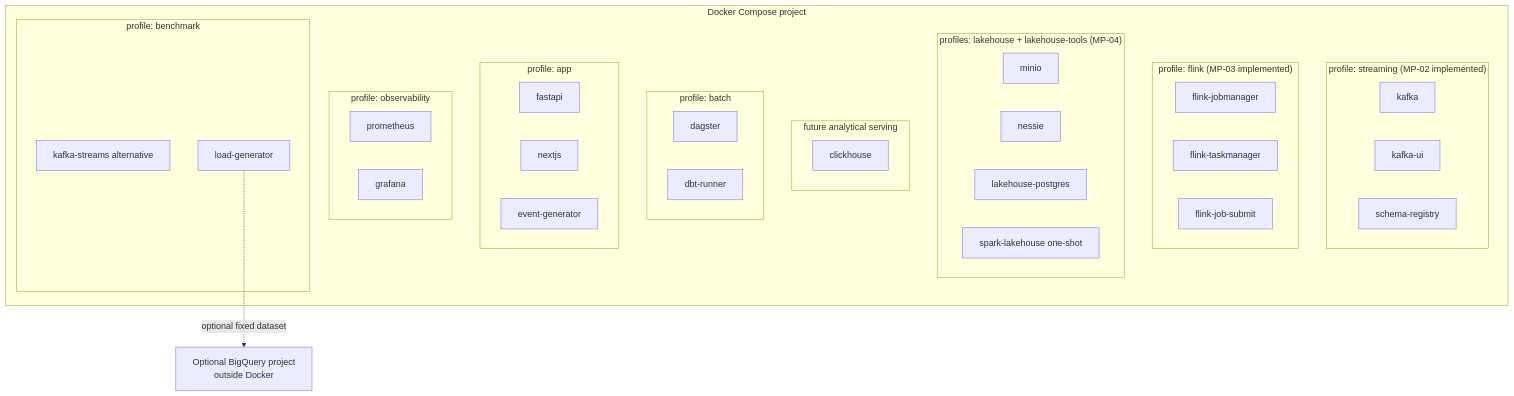
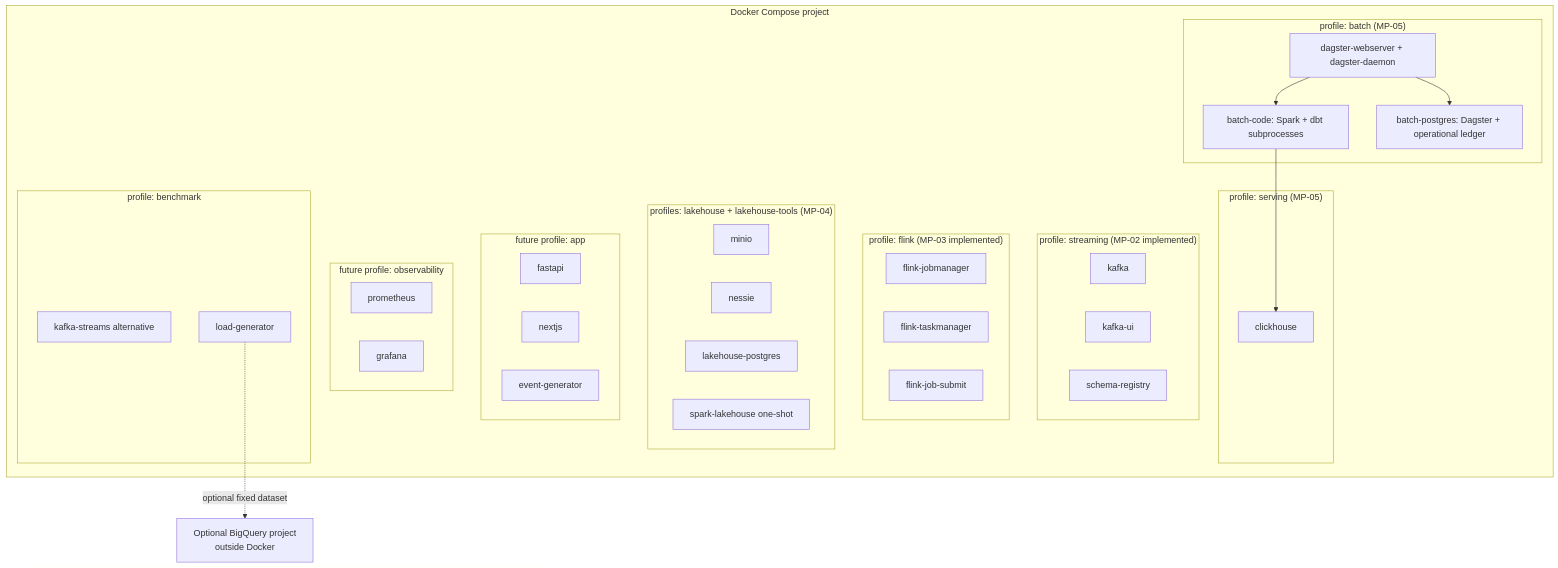
One commit to huyle1901/marketpulse-360 changed the second of 2 diagrams in docs/architecture/high-level-design.md. Above: the diagram before and after it, drawn with Mermaid. The commit also changed other lines of this file and 14 other files, not shown here.

````diff
--- a/docs/architecture/high-level-design.md
+++ b/docs/architecture/high-level-design.md
@@ -605,51 +619,55 @@
 ```mermaid
 flowchart TB
     subgraph Compose["Docker Compose project"]
         subgraph Core["profile: streaming (MP-02 implemented)"]
             K1["kafka"]
             KU["kafka-ui"]
             SR["schema-registry"]
         end
 
         subgraph Flink["profile: flink (MP-03 implemented)"]
             FJM["flink-jobmanager"]
             FTM["flink-taskmanager"]
             FS["flink-job-submit"]
         end
 
         subgraph Lakehouse["profiles: lakehouse + lakehouse-tools (MP-04)"]
             MI["minio"]
             NS["nessie"]
             PG["lakehouse-postgres"]
             SPL["spark-lakehouse one-shot"]
         end
 
-        subgraph FutureServing["future analytical serving"]
+        subgraph Serving["profile: serving (MP-05)"]
             CH["clickhouse"]
         end
 
-        subgraph Batch["profile: batch"]
-            DG["dagster"]
-            DBT2["dbt-runner"]
+        subgraph Batch["profile: batch (MP-05)"]
+            DG["dagster-webserver + dagster-daemon"]
+            DBT2["batch-code: Spark + dbt subprocesses"]
+            BPG["batch-postgres: Dagster + operational ledger"]
+            DG --> DBT2
+            DG --> BPG
+            DBT2 --> CH
         end
 
-        subgraph App["profile: app"]
+        subgraph App["future profile: app"]
             BE["fastapi"]
             FE["nextjs"]
             EG["event-generator"]
         end
 
-        subgraph Observe["profile: observability"]
+        subgraph Observe["future profile: observability"]
             PR["prometheus"]
             GR["grafana"]
         end
 
         subgraph Benchmark["profile: benchmark"]
             SP["kafka-streams alternative"]
             LOAD["load-generator"]
         end
     end
 
     BQ["Optional BigQuery project<br/>outside Docker"]
     LOAD -. optional fixed dataset .-> BQ
 ```
````
